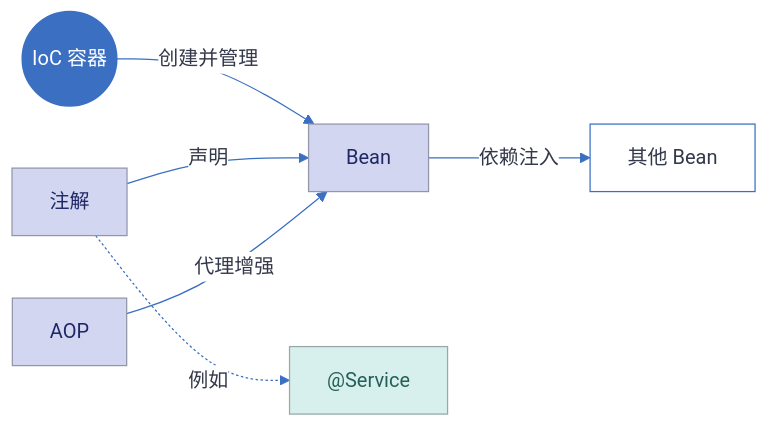
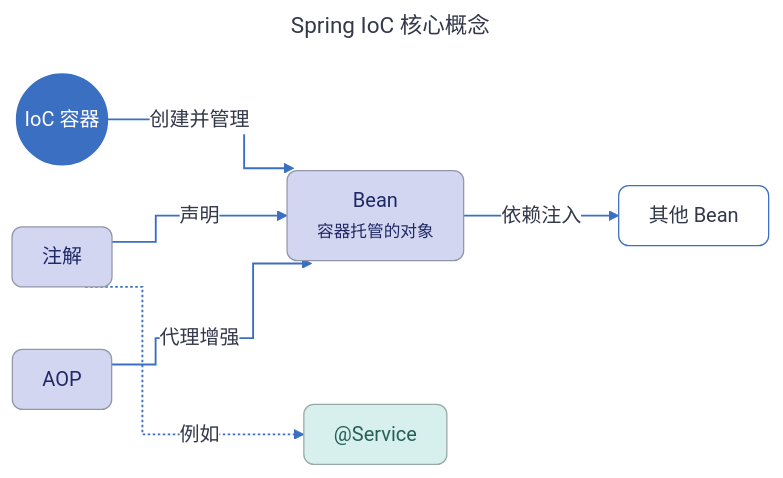
One commit to huang-hee/diagram-kit changed the third of 45 diagrams in docs/画图指南.md. Above: the diagram before and after it, drawn with Mermaid. The commit also changed other lines of this file and 248 other files, not shown here.

First line of the commit message:
feat: 示例按统一风格重做，补齐 42 张 drawio 整图示例，默认工具改为 drawio

````diff
--- a/docs/画图指南.md
+++ b/docs/画图指南.md
@@ -304,35 +286,43 @@
 ```mermaid
 ---
+title: "Spring IoC 核心概念"
 config:
   theme: base
   fontFamily: "PingFang SC, Microsoft YaHei, Noto Sans CJK SC, Source Han Sans SC, sans-serif"
+  flowchart:
+    curve: "step"
+    nodeSpacing: 50
+    rankSpacing: 60
+    padding: 12
+    wrappingWidth: 300
   themeVariables:
     background: "#FFFFFF"
     primaryColor: "#FFFFFF"
     primaryBorderColor: "#3B6FC2"
     primaryTextColor: "#33384A"
     nodeTextColor: "#33384A"
     secondaryColor: "#FBDBD1"
     tertiaryColor: "#EBF1F9"
     lineColor: "#3B6FC2"
     textColor: "#33384A"
     clusterBkg: "#EBF1F9"
     clusterBorder: "#3B6FC2"
     edgeLabelBackground: "#FFFFFF"
     titleColor: "#33384A"
     noteBkgColor: "#FFF6CE"
     noteBorderColor: "#A6A086"
     noteTextColor: "#33384A"
 ---
 flowchart LR
-  IOC((IoC 容器)):::core -- 创建并管理 --> Bean[Bean]:::concept
+  IOC((IoC 容器)):::core -- 创建并管理 --> Bean["Bean<br><small>容器托管的对象</small>"]:::concept
   ANN[注解]:::concept -- 声明 --> Bean
   Bean -- 依赖注入 --> DEP[其他 Bean]:::sub
   AOP[AOP]:::concept -- 代理增强 --> Bean
   ANN -. 例如 .-> EX["@Service"]:::example
-classDef core fill:#3B6FC2,stroke:#3B6FC2,color:#FFFFFF,stroke-width:2px
-classDef concept fill:#D2D6F1,stroke:#9396A9,color:#1F2865
-classDef sub fill:#FFFFFF,stroke:#3B6FC2,color:#33384A
-classDef example fill:#D8F0ED,stroke:#97A8A6,color:#256058
+classDef core fill:#3B6FC2,stroke:#3B6FC2,color:#FFFFFF,stroke-width:2px,rx:8,ry:8
+classDef concept fill:#D2D6F1,stroke:#9396A9,color:#1F2865,rx:8,ry:8
+classDef sub fill:#FFFFFF,stroke:#3B6FC2,color:#33384A,rx:8,ry:8
+classDef example fill:#D8F0ED,stroke:#97A8A6,color:#256058,rx:8,ry:8
 %% 用法：节点 A:::core 或 class A,B core
+linkStyle default stroke-width:1.5px
 ```
````
